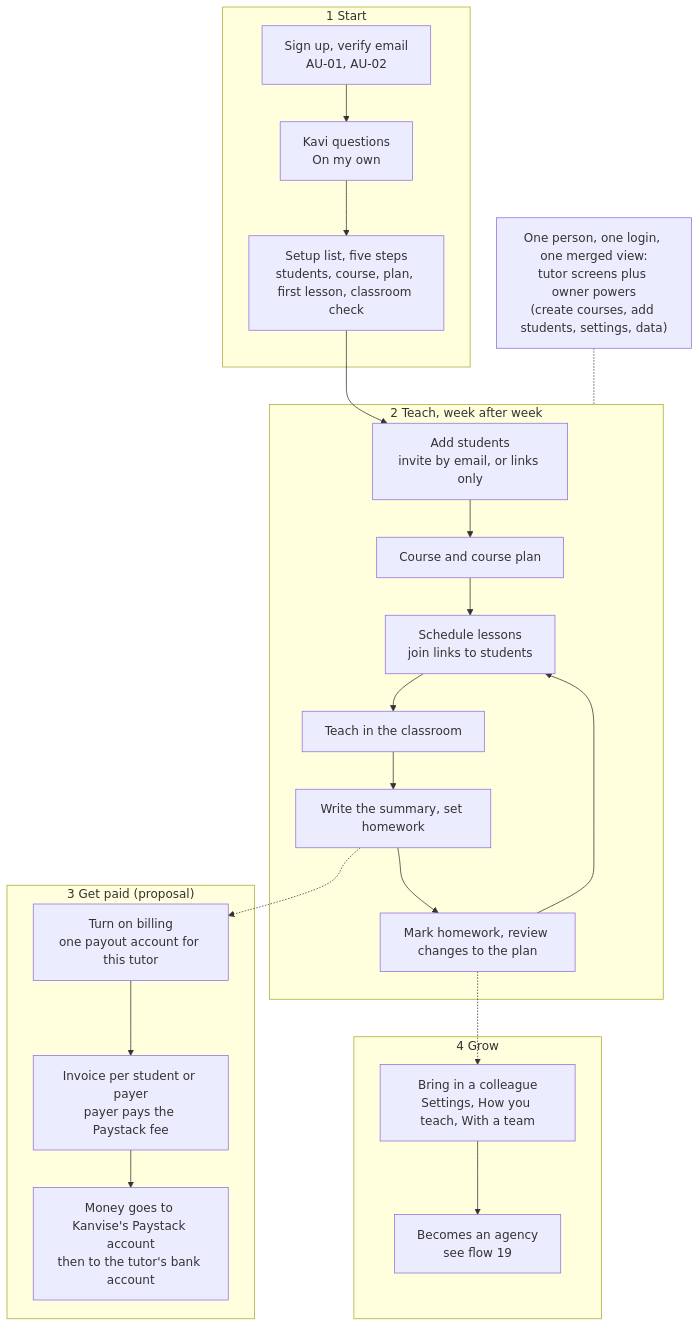
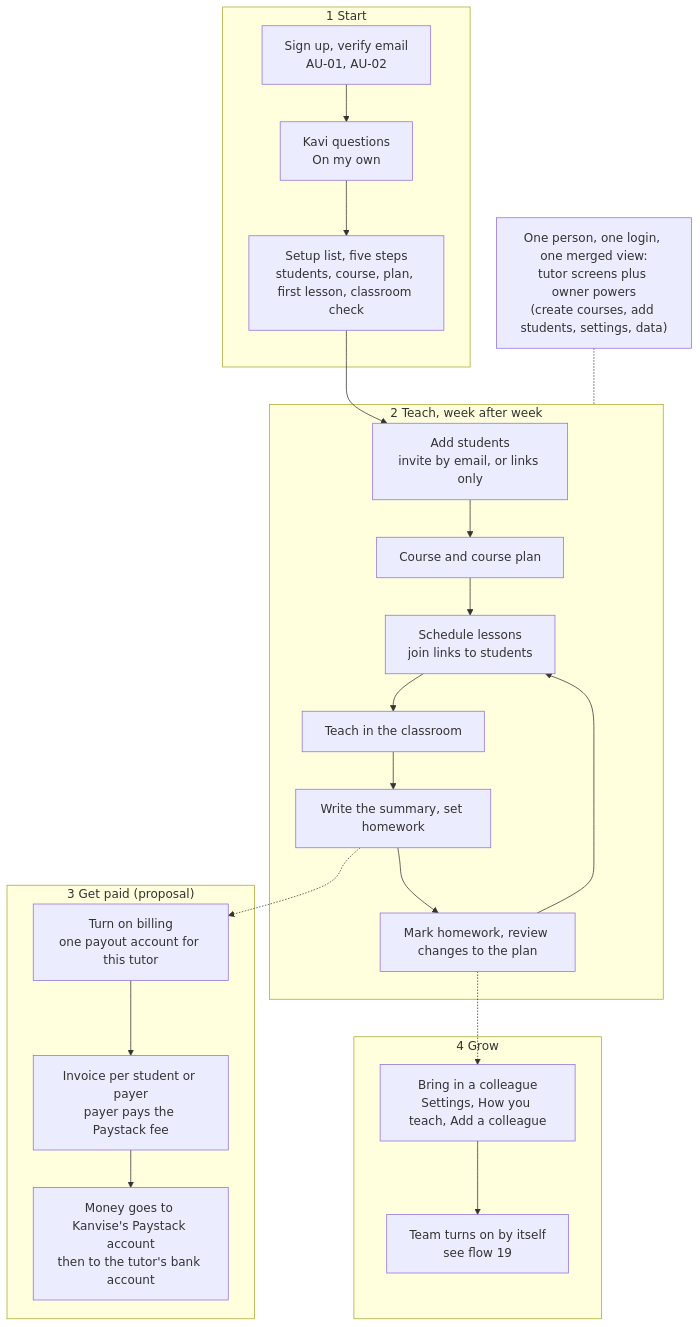
One commit to KingUsang/Kanvise changed the diagram in docs/design/user-flows/diagrams/src/17-independent-journey.mmd. Above: the diagram before and after it, drawn with Mermaid. The commit also changed 21 other files, not shown here.

Commit message:
docs(design): remove the solo-to-team switch (team follows the people), re-render diagrams, add diagram gallery and PDF

```diff
--- a/docs/design/user-flows/diagrams/src/17-independent-journey.mmd
+++ b/docs/design/user-flows/diagrams/src/17-independent-journey.mmd
@@ -1,25 +1,25 @@
 flowchart TD
   subgraph S1["1 Start"]
     A1["Sign up, verify email<br/>AU-01, AU-02"] --> A2["Kavi questions<br/>On my own"]
     A2 --> A3["Setup list, five steps<br/>students, course, plan, first lesson, classroom check"]
   end
   subgraph S2["2 Teach, week after week"]
     B1["Add students<br/>invite by email, or links only"] --> B2["Course and course plan"]
     B2 --> B3["Schedule lessons<br/>join links to students"]
     B3 --> B4["Teach in the classroom"]
     B4 --> B5["Write the summary, set homework"]
     B5 --> B6["Mark homework, review changes to the plan"]
     B6 --> B3
   end
   subgraph S3["3 Get paid (proposal)"]
     C1["Turn on billing<br/>one payout account for this tutor"] --> C2["Invoice per student or payer<br/>payer pays the Paystack fee"]
     C2 --> C3["Money goes to Kanvise's Paystack account<br/>then to the tutor's bank account"]
   end
   subgraph S4["4 Grow"]
-    D1["Bring in a colleague<br/>Settings, How you teach, With a team"] --> D2["Becomes an agency<br/>see flow 19"]
+    D1["Bring in a colleague<br/>Settings, How you teach, Add a colleague"] --> D2["Team turns on by itself<br/>see flow 19"]
   end
   A3 --> B1
   B5 -.-> C1
   B6 -.-> D1
   X["One person, one login, one merged view:<br/>tutor screens plus owner powers<br/>(create courses, add students, settings, data)"]
   X -.- S2
```
